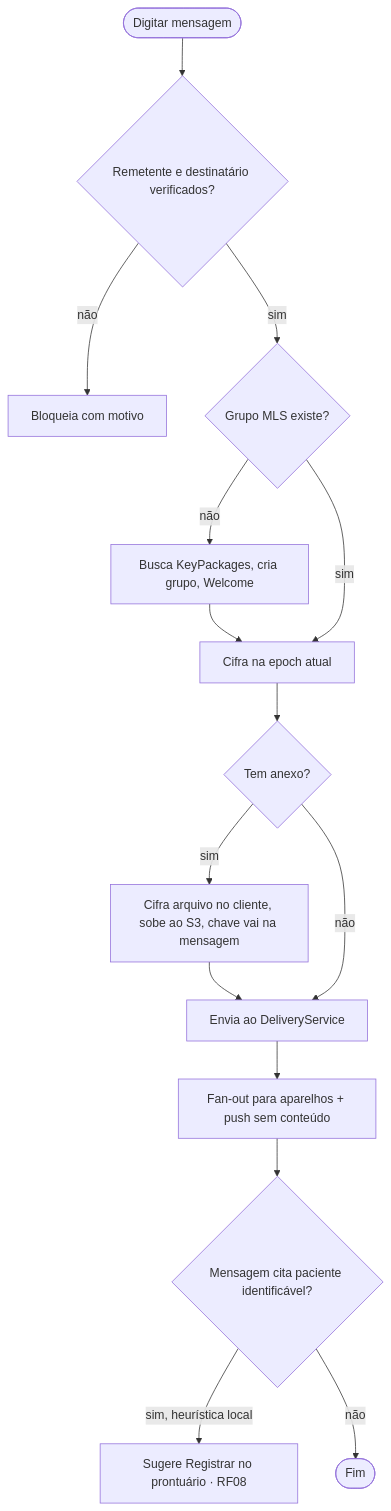
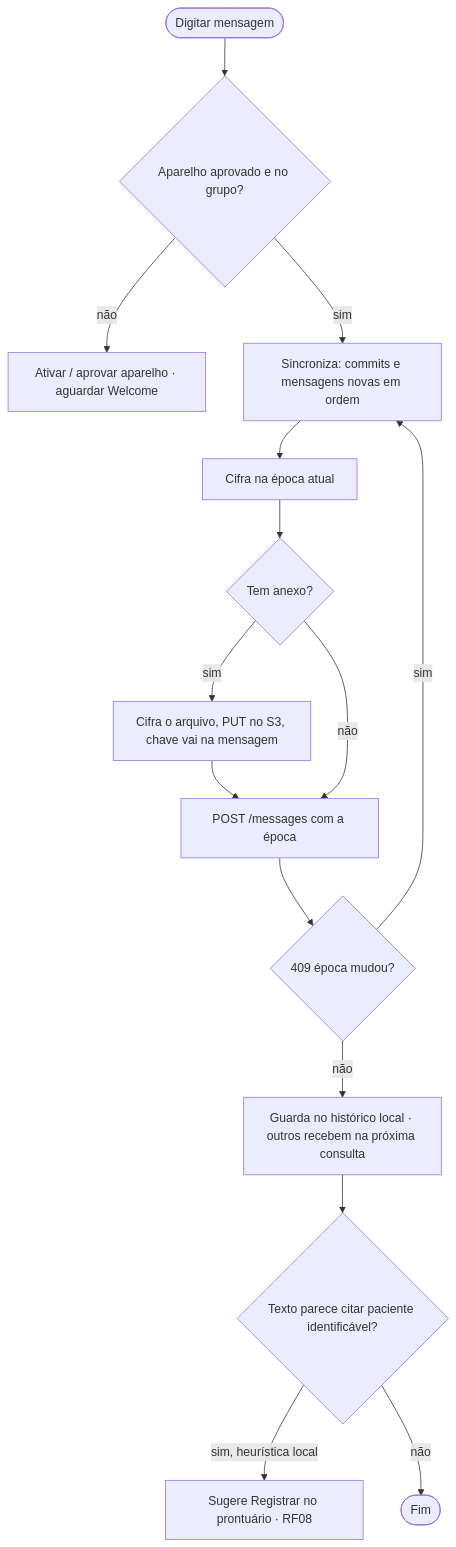
Before and after one commit to MatheusHaliski/doctor_explorer: the sixth of 6 diagrams in docs/rf/RF06-chat-e2ee.md, drawn with Mermaid. The commit also changed other lines of this file and 53 other files, not shown here.

````diff
--- a/docs/rf/RF06-chat-e2ee.md
+++ b/docs/rf/RF06-chat-e2ee.md
@@ -127,15 +176,16 @@
 ```mermaid
 flowchart TD
-    A([Digitar mensagem]) --> B{Remetente e destinatário verificados?}
-    B -- não --> X[Bloqueia com motivo]
-    B -- sim --> C{Grupo MLS existe?}
-    C -- não --> D[Busca KeyPackages, cria grupo, Welcome] --> E
-    C -- sim --> E[Cifra na epoch atual]
-    E --> F{Tem anexo?}
-    F -- sim --> G[Cifra arquivo no cliente, sobe ao S3, chave vai na mensagem] --> H
-    F -- não --> H[Envia ao DeliveryService]
-    H --> I[Fan-out para aparelhos + push sem conteúdo]
-    I --> J{Mensagem cita paciente identificável?}
+    A([Digitar mensagem]) --> B{Aparelho aprovado e no grupo?}
+    B -- não --> X[Ativar / aprovar aparelho · aguardar Welcome]
+    B -- sim --> C[Sincroniza: commits e mensagens novas em ordem]
+    C --> D[Cifra na época atual]
+    D --> E{Tem anexo?}
+    E -- sim --> F[Cifra o arquivo, PUT no S3, chave vai na mensagem] --> G
+    E -- não --> G[POST /messages com a época]
+    G --> H{409 época mudou?}
+    H -- sim --> C
+    H -- não --> I[Guarda no histórico local · outros recebem na próxima consulta]
+    I --> J{Texto parece citar paciente identificável?}
     J -- sim, heurística local --> K[Sugere Registrar no prontuário · RF08]
     J -- não --> L([Fim])
 ```
````
